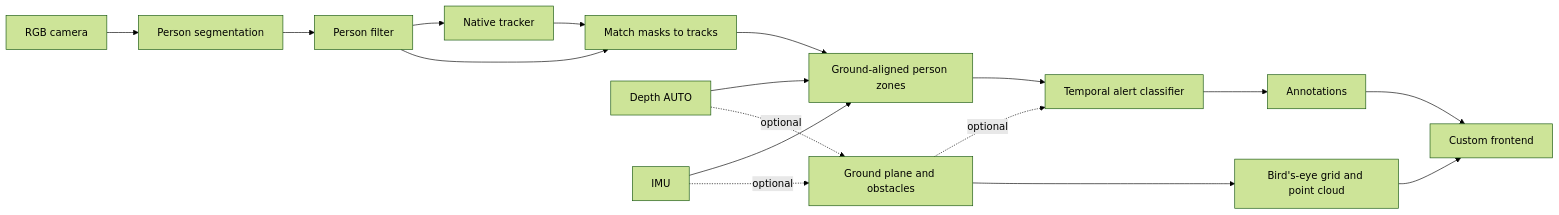
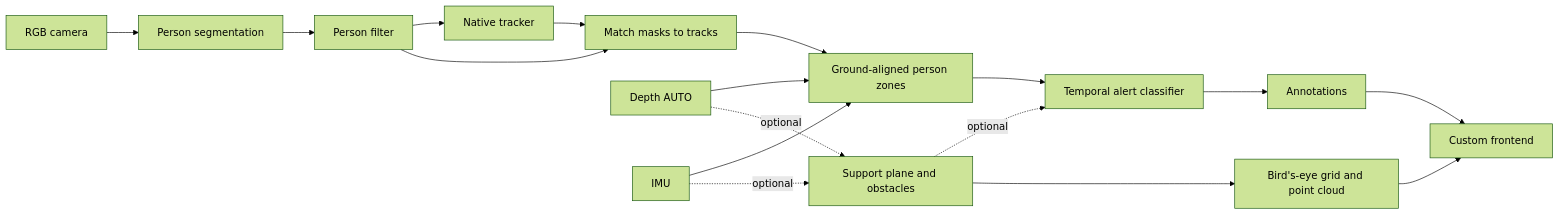
The diagram in apps/safeguard/README.md (luxonis/oak-examples), drawn with Mermaid (forest theme) before and after one commit. The commit also changed other lines of this file and 18 other files, not shown here.

First line of the commit message:
SafeGuard: obstacle path uses automatic support plane calibration

````diff
--- a/apps/safeguard/README.md
+++ b/apps/safeguard/README.md
@@ -11,19 +11,19 @@
 ```mermaid
 flowchart LR
     RGB[RGB camera] --> NN[Person segmentation]
     NN --> FILTER[Person filter]
     FILTER --> TRACK[Native tracker]
     FILTER --> MASKS[Match masks to tracks]
     TRACK --> MASKS
     DEPTH[Depth AUTO] --> PERSON[Ground-aligned person zones]
     IMU[IMU] --> PERSON
     MASKS --> PERSON
-    DEPTH -. optional .-> PCL[Ground plane and obstacles]
+    DEPTH -. optional .-> PCL[Support plane and obstacles]
     IMU -. optional .-> PCL
     PERSON --> ALERT[Temporal alert classifier]
     PCL -. optional .-> ALERT
     ALERT --> OVERLAY[Annotations]
     OVERLAY --> UI[Custom frontend]
     PCL --> GRID[Bird's-eye grid and point cloud]
     GRID --> UI
 ```
````
